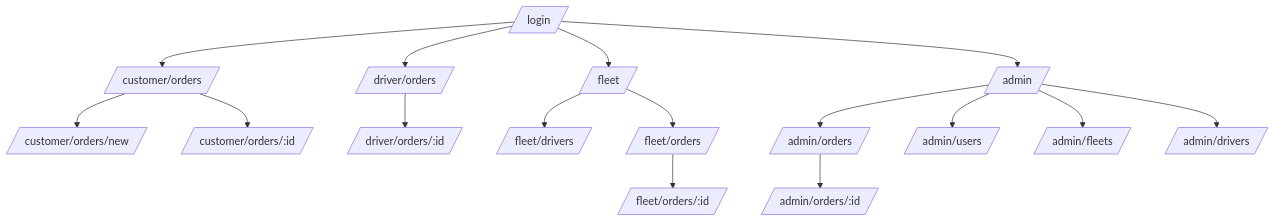
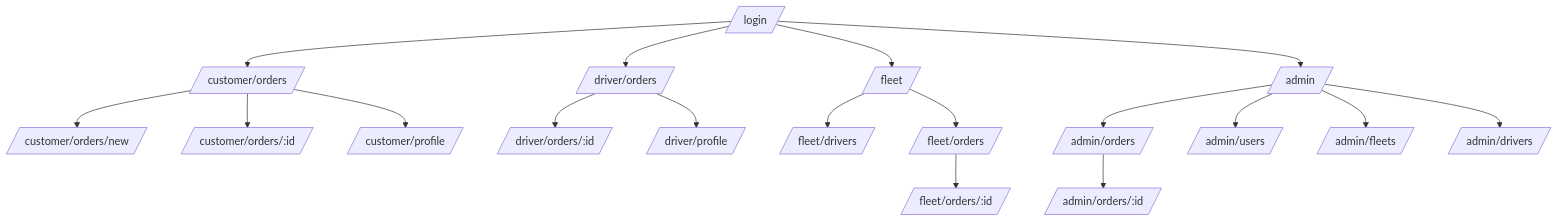
The diagram in docs/ui/02-navigation-map.md (truongcongtu318/leopard), drawn with Mermaid before and after one commit. The commit also changed other lines of this file and 1 other file, not shown here.

Commit message:
docs(ui): document the new customer/driver profile screens and tab navigation

````diff
--- a/docs/ui/02-navigation-map.md
+++ b/docs/ui/02-navigation-map.md
@@ -3,18 +3,20 @@
 ```mermaid
 flowchart TD
   Login[/login/] --> C[/customer/orders/]
   Login --> D[/driver/orders/]
   Login --> F[/fleet/]
   Login --> A[/admin/]
   C --> CN[/customer/orders/new/]
   C --> CD[/customer/orders/:id/]
+  C --> CP[/customer/profile/]
   D --> DD[/driver/orders/:id/]
+  D --> DP[/driver/profile/]
   F --> FD[/fleet/drivers/]
   F --> FO[/fleet/orders/]
   FO --> FOD[/fleet/orders/:id/]
   A --> AO[/admin/orders/]
   A --> AU[/admin/users/]
   A --> AF[/admin/fleets/]
   A --> AD[/admin/drivers/]
   AO --> AOD[/admin/orders/:id/]
 ```
````
